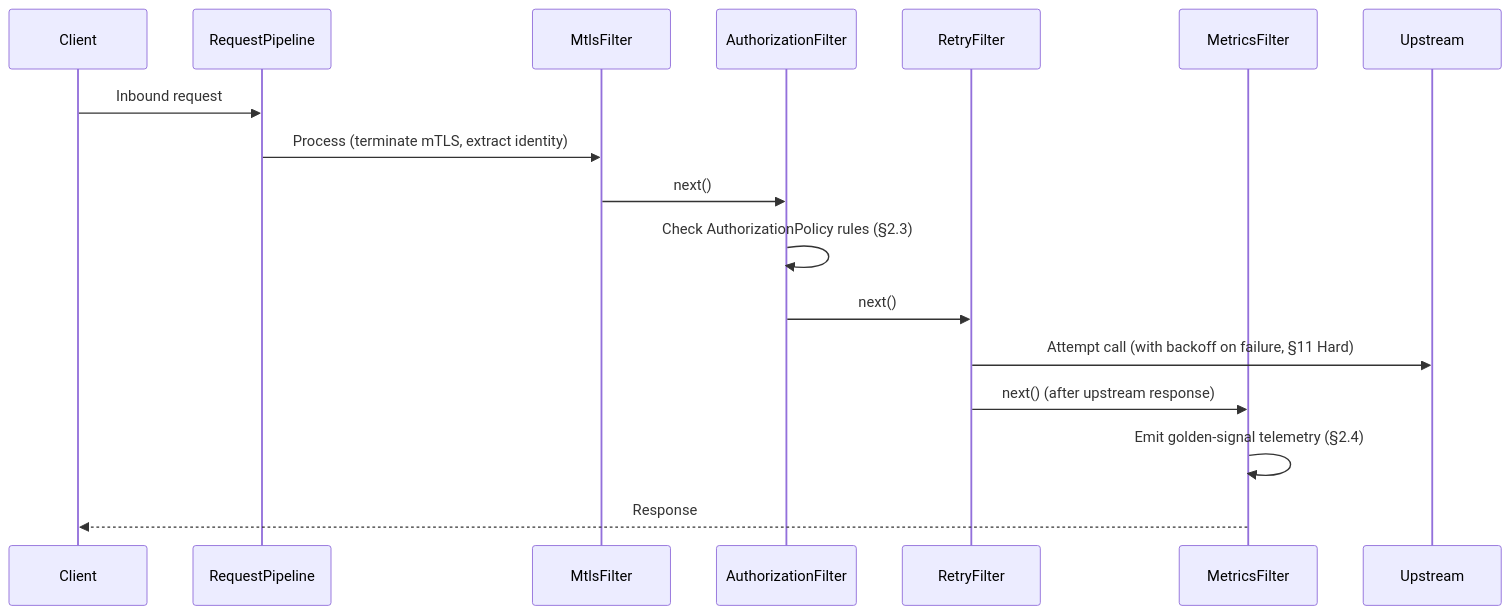
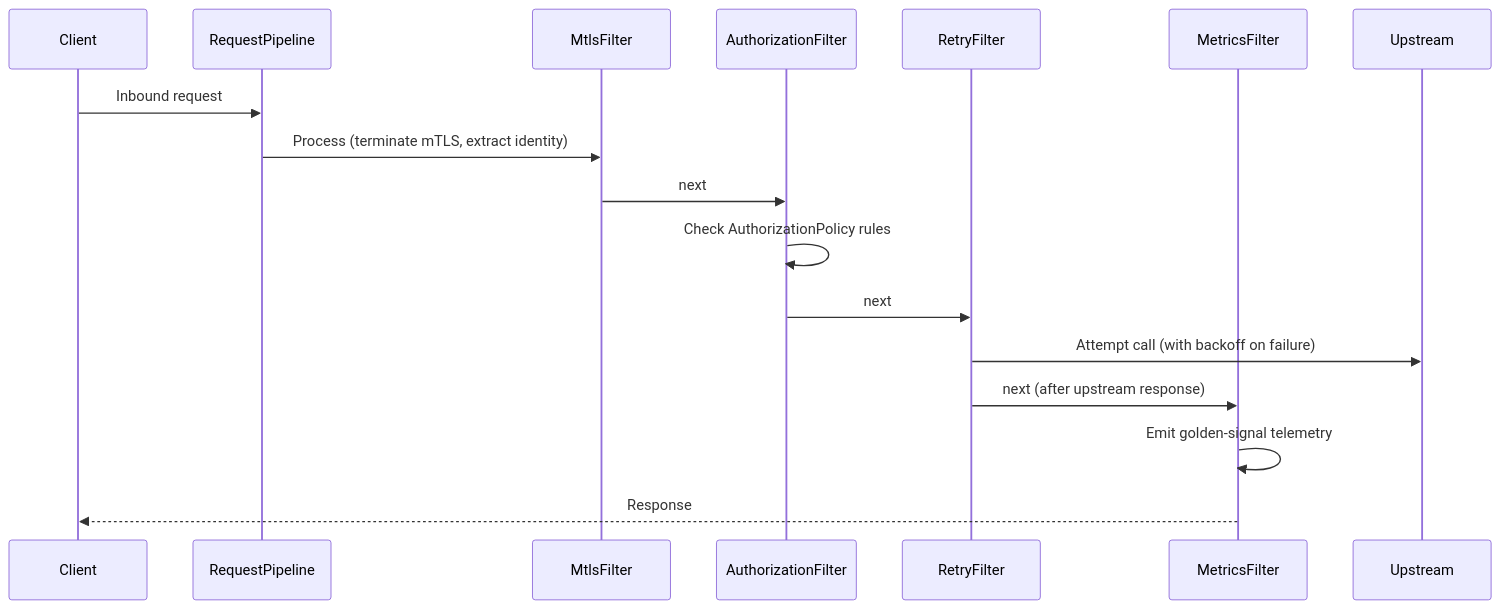
Before and after one commit to umashankarp/InterviewQuestions: the fifth of 5 diagrams in 23-Kubernetes/07-ServiceMesh-Istio-Linkerd-AdvancedNetworking.md, drawn with Mermaid. The commit also changed other lines of this file and 173 other files, not shown here.

````diff
--- a/23-Kubernetes/07-ServiceMesh-Istio-Linkerd-AdvancedNetworking.md
+++ b/23-Kubernetes/07-ServiceMesh-Istio-Linkerd-AdvancedNetworking.md
@@ -567,20 +567,20 @@
 ```mermaid
 sequenceDiagram
-    participant Client
-    participant Pipeline as RequestPipeline
-    participant Mtls as MtlsFilter
-    participant AuthZ as AuthorizationFilter
-    participant Retry as RetryFilter
-    participant Metrics as MetricsFilter
-    participant Upstream
+ participant Client
+ participant Pipeline as RequestPipeline
+ participant Mtls as MtlsFilter
+ participant AuthZ as AuthorizationFilter
+ participant Retry as RetryFilter
+ participant Metrics as MetricsFilter
+ participant Upstream
 
-    Client->>Pipeline: Inbound request
-    Pipeline->>Mtls: Process (terminate mTLS, extract identity)
-    Mtls->>AuthZ: next()
-    AuthZ->>AuthZ: Check AuthorizationPolicy rules (§2.3)
-    AuthZ->>Retry: next()
-    Retry->>Upstream: Attempt call (with backoff on failure, §11 Hard)
-    Retry->>Metrics: next() (after upstream response)
-    Metrics->>Metrics: Emit golden-signal telemetry (§2.4)
-    Metrics-->>Client: Response
+ Client->>Pipeline: Inbound request
+ Pipeline->>Mtls: Process (terminate mTLS, extract identity)
+ Mtls->>AuthZ: next
+ AuthZ->>AuthZ: Check AuthorizationPolicy rules
+ AuthZ->>Retry: next
+ Retry->>Upstream: Attempt call (with backoff on failure)
+ Retry->>Metrics: next (after upstream response)
+ Metrics->>Metrics: Emit golden-signal telemetry
+ Metrics-->>Client: Response
 ```
````
